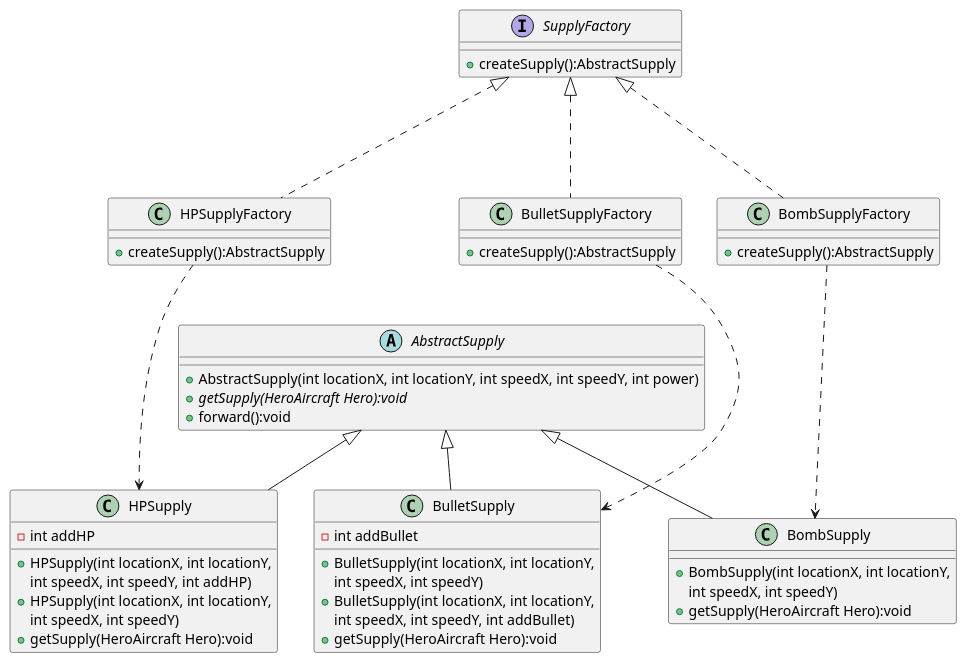
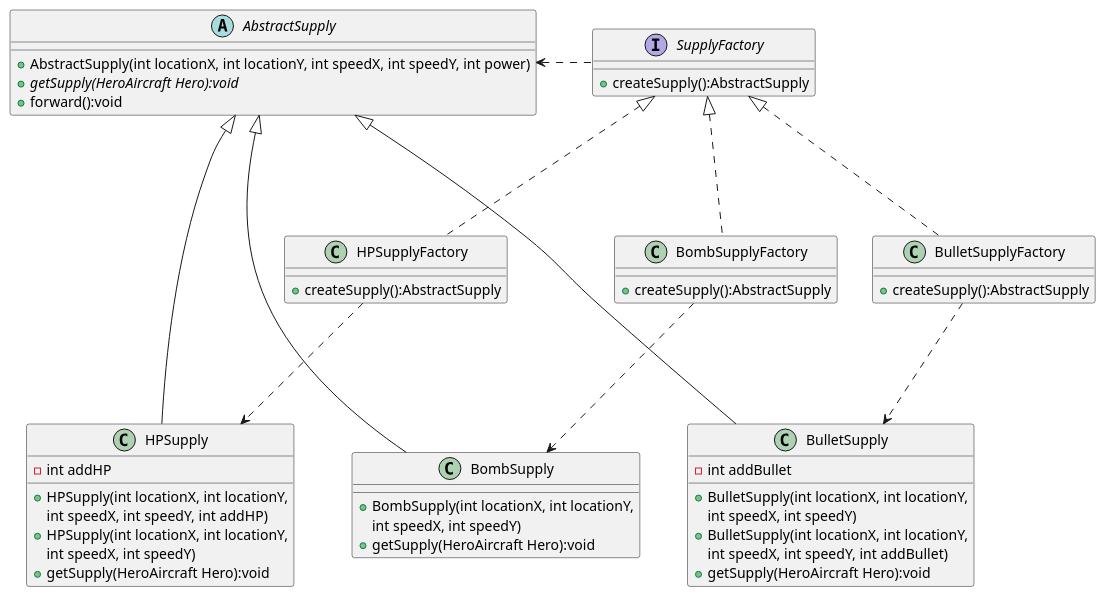
The diagram in uml/Factory_Supply.puml (HITlgw/AircraftWar-base), drawn with PlantUML before and after one commit. The commit also changed 3 other files, not shown here.

```diff
--- a/uml/Factory_Supply.puml
+++ b/uml/Factory_Supply.puml
@@ -1,63 +1,63 @@
 @startuml
 'https://plantuml.com/class-diagram
 
 Interface SupplyFactory{
     + createSupply():AbstractSupply
 }
-
+SupplyFactory..left.>AbstractSupply
 abstract class AbstractSupply
 {
     + AbstractSupply(int locationX, int locationY, int speedX, int speedY, int power)
     + {abstract} getSupply(HeroAircraft Hero):void
     + forward():void
 }
 SupplyFactory <|... HPSupplyFactory
 SupplyFactory <|... BulletSupplyFactory
 SupplyFactory <|... BombSupplyFactory
 
 HPSupplyFactory ...> HPSupply
 BulletSupplyFactory ...> BulletSupply
 BombSupplyFactory ...> BombSupply
 
 AbstractSupply <|-- HPSupply
 AbstractSupply <|-- BulletSupply
 AbstractSupply <|-- BombSupply
 class HPSupplyFactory{
     + createSupply():AbstractSupply
 }
 
 class BulletSupplyFactory{
     + createSupply():AbstractSupply
 }
 
 class BombSupplyFactory{
     + createSupply():AbstractSupply
 }
 
 
 
 class HPSupply{
     - int addHP
     + HPSupply(int locationX, int locationY,
      int speedX, int speedY, int addHP)
     + HPSupply(int locationX, int locationY,
      int speedX, int speedY)
     + getSupply(HeroAircraft Hero):void
 }
 
 class BulletSupply{
     - int addBullet
     + BulletSupply(int locationX, int locationY,
      int speedX, int speedY)
     + BulletSupply(int locationX, int locationY,
           int speedX, int speedY, int addBullet)
     + getSupply(HeroAircraft Hero):void
 }
 
 class BombSupply{
     + BombSupply(int locationX, int locationY,
      int speedX, int speedY)
     + getSupply(HeroAircraft Hero):void
 }
 
 @enduml
```
